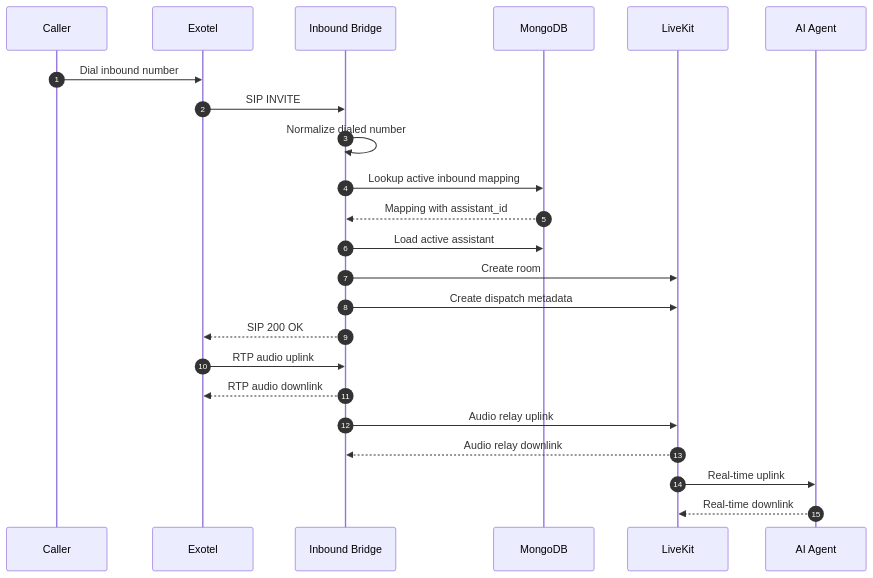
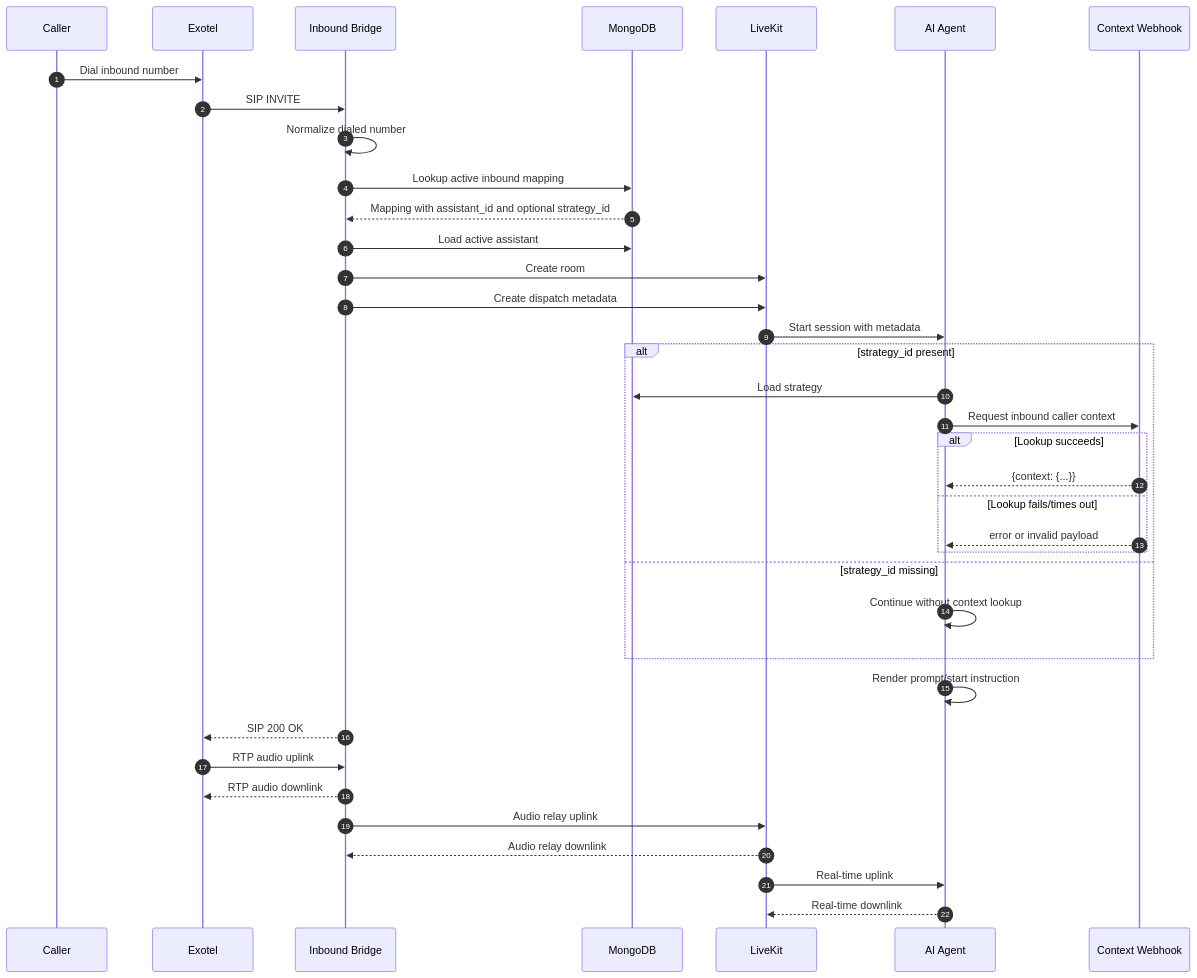
One commit to ShubhamX-AI/api_livekit changed the fourth of 4 diagrams in docs/architecture.md. Above: the diagram before and after it, drawn with Mermaid. The commit also changed other lines of this file and 14 other files, not shown here.

````diff
--- a/docs/architecture.md
+++ b/docs/architecture.md
@@ -117,26 +120,40 @@
 ```mermaid
 sequenceDiagram
     autonumber
     participant Caller as Caller
     participant Exotel as Exotel
     participant Bridge as Inbound Bridge
     participant DB as MongoDB
     participant LK as LiveKit
     participant Agent as AI Agent
+    participant Webhook as Context Webhook
 
     Caller->>Exotel: Dial inbound number
     Exotel->>Bridge: SIP INVITE
     Bridge->>Bridge: Normalize dialed number
     Bridge->>DB: Lookup active inbound mapping
-    DB-->>Bridge: Mapping with assistant_id
+    DB-->>Bridge: Mapping with assistant_id and optional strategy_id
     Bridge->>DB: Load active assistant
     Bridge->>LK: Create room
     Bridge->>LK: Create dispatch metadata
+    LK->>Agent: Start session with metadata
+    alt strategy_id present
+        Agent->>DB: Load strategy
+        Agent->>Webhook: Request inbound caller context
+        alt Lookup succeeds
+            Webhook-->>Agent: {context: {...}}
+        else Lookup fails/times out
+            Webhook-->>Agent: error or invalid payload
+        end
+    else strategy_id missing
+        Agent->>Agent: Continue without context lookup
+    end
+    Agent->>Agent: Render prompt/start instruction
     Bridge-->>Exotel: SIP 200 OK
     Exotel->>Bridge: RTP audio uplink
     Bridge-->>Exotel: RTP audio downlink
     Bridge->>LK: Audio relay uplink
     LK-->>Bridge: Audio relay downlink
     LK->>Agent: Real-time uplink
     Agent-->>LK: Real-time downlink
 ```
````
